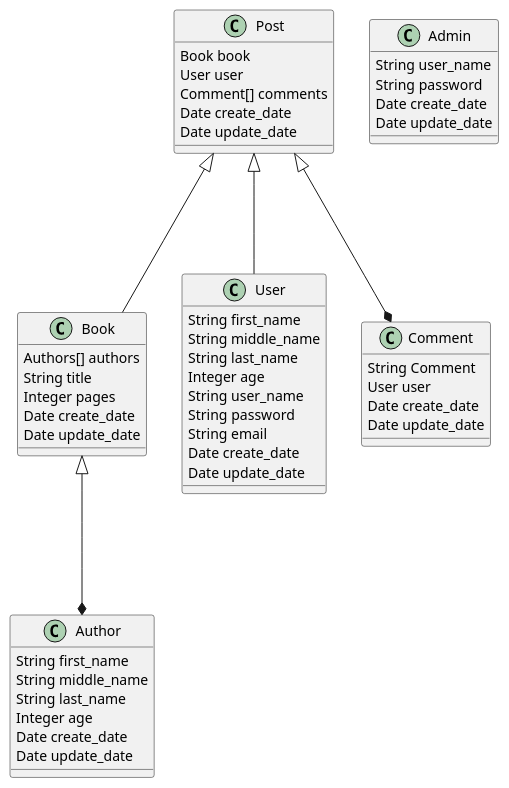
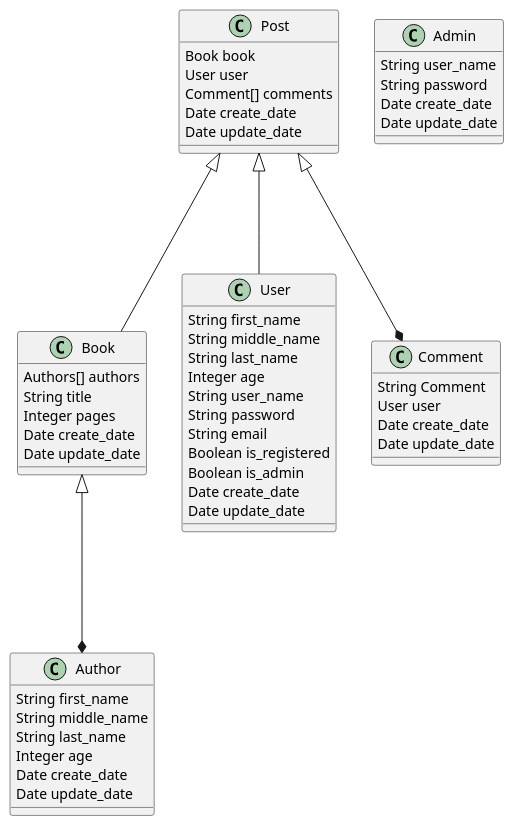
One commit to oanguin/bookface changed the diagram in diagrams/src/database.wsd. Above: the diagram before and after it, drawn with PlantUML. The commit also changed 8 other files, not shown here.

```diff
--- a/diagrams/src/database.wsd
+++ b/diagrams/src/database.wsd
@@ -1,58 +1,60 @@
 @startuml Database Diagram
 class Author{
     String first_name
     String middle_name
     String last_name
     Integer age
     Date create_date
     Date update_date
 }
 
 class Book{
     Authors[] authors
     String title
     Integer pages
     Date create_date  
     Date update_date
 }
 
 class User{
     String first_name
     String middle_name
     String last_name
     Integer age
     String user_name
     String password
     String email
+    Boolean is_registered
+    Boolean is_admin
     Date create_date
     Date update_date
 }
 
 class Post{
     Book book
     User user
     Comment[] comments
     Date create_date
     Date update_date
 }
 
 class Comment{
     String Comment
     User user
     Date create_date
     Date update_date
 }
 
 class Admin{
     String user_name
     String password
     Date create_date
     Date update_date
 }
 
 Book<|---*Author
 Post<|---Book
 Post<|---*Comment
 Post<|--- User
 
 @enduml
```
